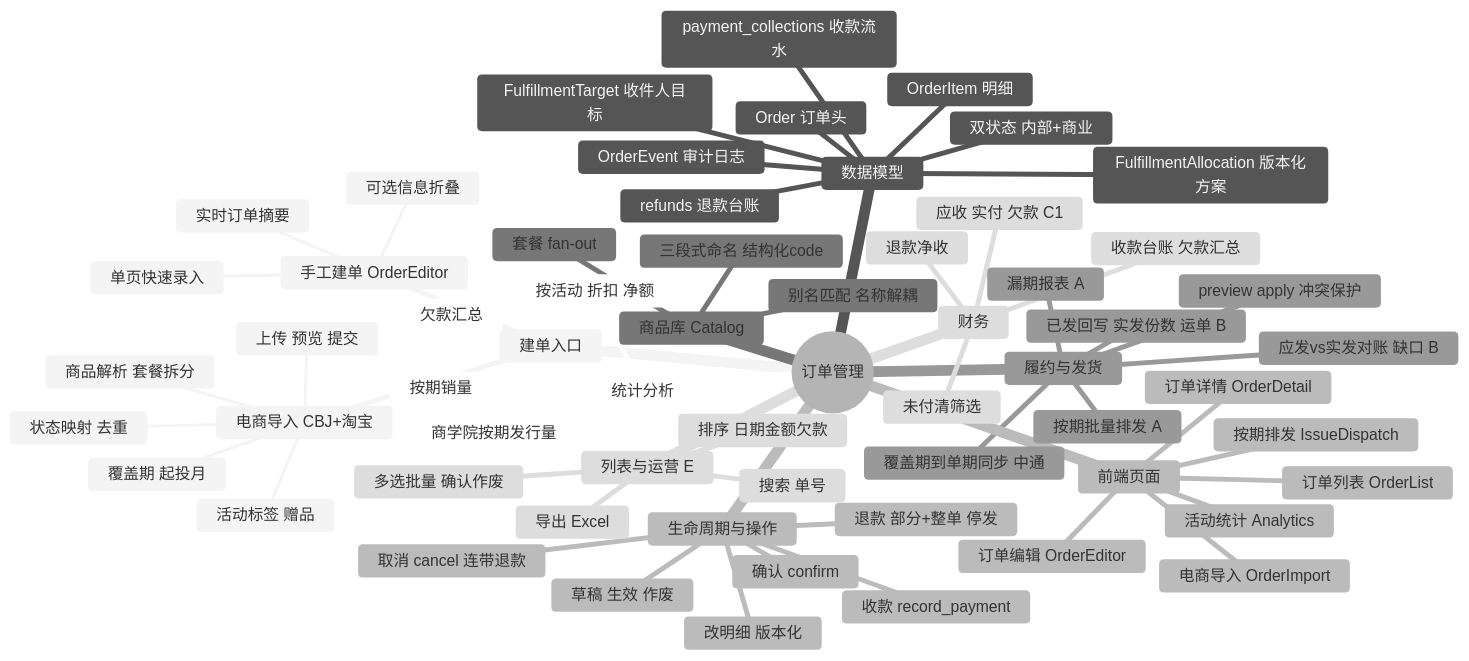
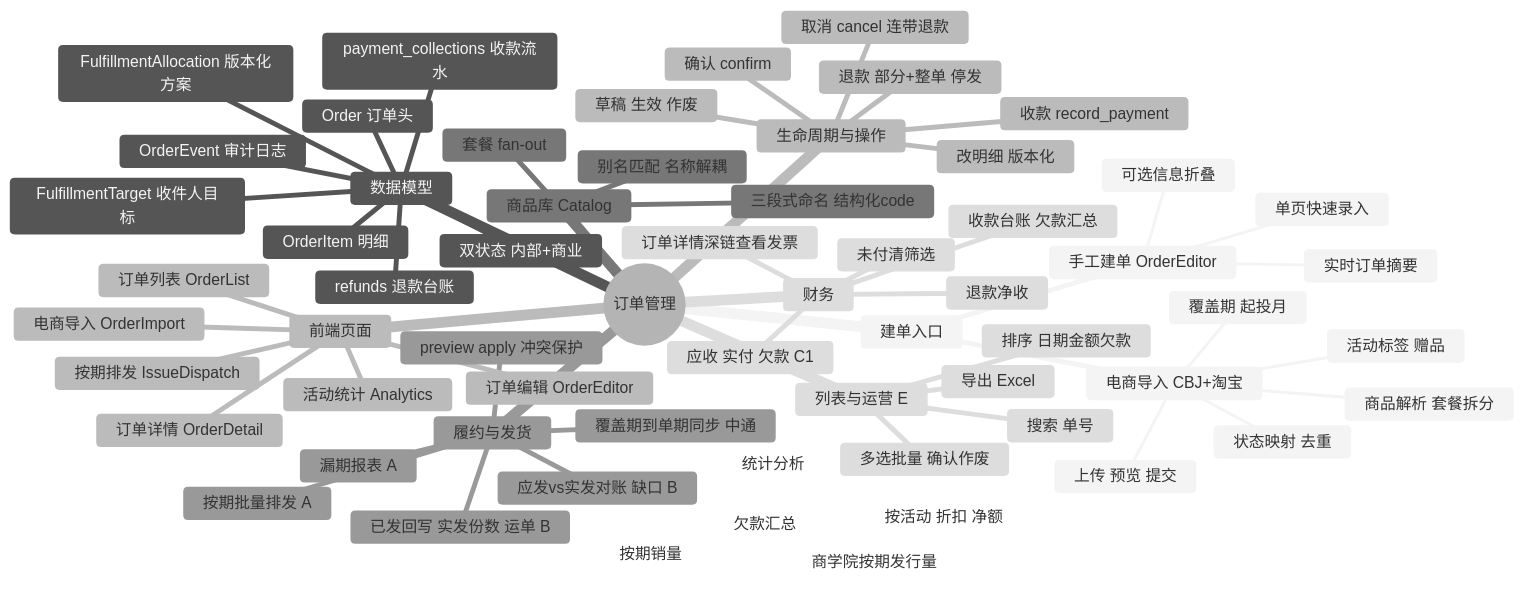
One commit to DawnAce/FirstTry changed the diagram in docs/order-management-overview.md. Above: the diagram before and after it, drawn with Mermaid (neutral theme). The commit also changed other lines of this file and 10 other files, not shown here.

````diff
--- a/docs/order-management-overview.md
+++ b/docs/order-management-overview.md
@@ -8,64 +8,65 @@
 ```mermaid
 mindmap
   root((订单管理))
     建单入口
       手工建单 OrderEditor
         单页快速录入
         实时订单摘要
         可选信息折叠
       电商导入 CBJ+淘宝
         上传 预览 提交
         商品解析 套餐拆分
         状态映射 去重
         覆盖期 起投月
         活动标签 赠品
     数据模型
       Order 订单头
       OrderItem 明细
       FulfillmentAllocation 版本化方案
       FulfillmentTarget 收件人目标
       OrderEvent 审计日志
       refunds 退款台账
       payment_collections 收款流水
       双状态 内部+商业
     生命周期与操作
       草稿 生效 作废
       确认 confirm
       改明细 版本化
       退款 部分+整单 停发
       取消 cancel 连带退款
       收款 record_payment
     商品库 Catalog
       三段式命名 结构化code
       别名匹配 名称解耦
       套餐 fan-out
     履约与发货
       覆盖期到单期同步 中通
       preview apply 冲突保护
       按期批量排发 A
       漏期报表 A
       已发回写 实发份数 运单 B
       应发vs实发对账 缺口 B
     财务
       应收 实付 欠款 C1
       退款净收
       收款台账 欠款汇总
       未付清筛选
+      订单详情深链查看发票
     统计分析
       按活动 折扣 净额
       按期销量
       商学院按期发行量
       欠款汇总
     列表与运营 E
       搜索 单号
       排序 日期金额欠款
       多选批量 确认作废
       导出 Excel
     前端页面
       订单列表 OrderList
       订单详情 OrderDetail
       订单编辑 OrderEditor
       电商导入 OrderImport
       按期排发 IssueDispatch
       活动统计 Analytics
 ```
````
